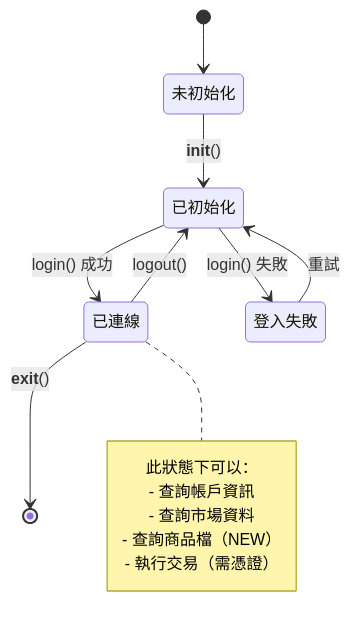
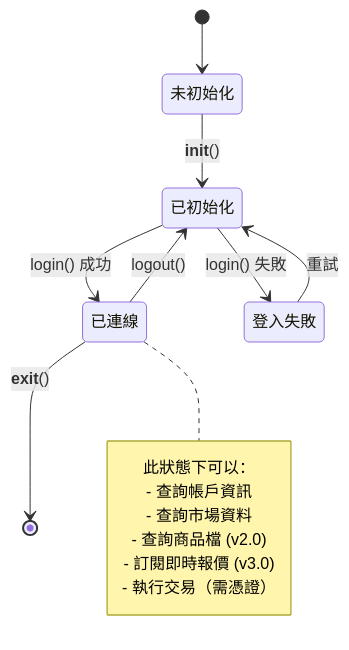
Before and after one commit to wu02067602/sample-trading: the third of 10 diagrams in 類別圖.md, drawn with Mermaid. The commit also changed other lines of this file and 3 other files, not shown here.

````diff
--- a/類別圖.md
+++ b/類別圖.md
@@ -139,18 +160,19 @@
 ```mermaid
 stateDiagram-v2
     [*] --> 未初始化
     未初始化 --> 已初始化: __init__()
     已初始化 --> 已連線: login() 成功
     已初始化 --> 登入失敗: login() 失敗
     登入失敗 --> 已初始化: 重試
     已連線 --> 已初始化: logout()
     已連線 --> [*]: __exit__()
     
     note right of 已連線
         此狀態下可以：
         - 查詢帳戶資訊
         - 查詢市場資料
-        - 查詢商品檔（NEW）
+        - 查詢商品檔 (v2.0)
+        - 訂閱即時報價 (v3.0)
         - 執行交易（需憑證）
     end note
 ```
````
